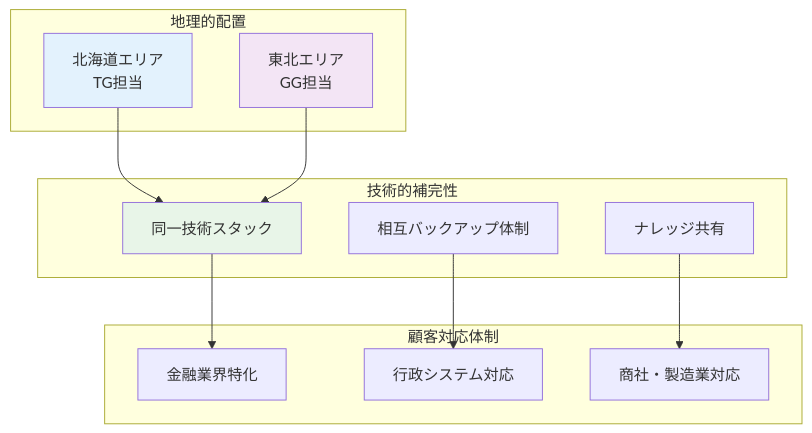
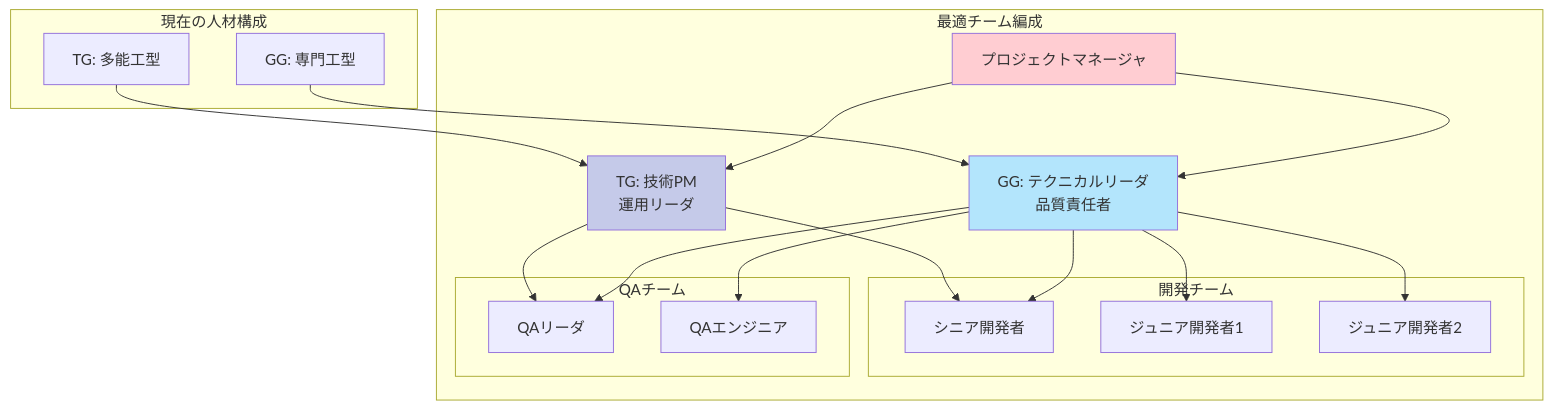
Before and after one commit to MasatakaNakamura/xlsx-data-analyzer: the tenth of 13 diagrams in docs/経歴書サンプル_総合分析レポート.md, drawn with Mermaid. The commit also changed other lines of this file and 32 other files, not shown here.

````diff
--- a/docs/経歴書サンプル_総合分析レポート.md
+++ b/docs/経歴書サンプル_総合分析レポート.md
@@ -344,29 +338,41 @@
 ```mermaid
 graph TB
-    subgraph "地理的配置"
-        A[北海道エリア<br/>TG担当]
-        B[東北エリア<br/>GG担当]
+    subgraph "現在の人材構成"
+        CURRENT_TG[TG: 多能工型]
+        CURRENT_GG[GG: 専門工型]
     end
 
-    subgraph "技術的補完性"
-        C[同一技術スタック]
-        D[相互バックアップ体制]
-        E[ナレッジ共有]
+    subgraph "最適チーム編成"
+        PM[プロジェクトマネージャ]
+        TG_ROLE[TG: 技術PM<br/>運用リーダ]
+        GG_ROLE[GG: テクニカルリーダ<br/>品質責任者]
+
+        subgraph "開発チーム"
+            DEV1[シニア開発者]
+            DEV2[ジュニア開発者1]
+            DEV3[ジュニア開発者2]
+        end
+
+        subgraph "QAチーム"
+            QA1[QAリーダ]
+            QA2[QAエンジニア]
+        end
     end
 
-    subgraph "顧客対応体制"
-        F[金融業界特化]
-        G[行政システム対応]
-        H[商社・製造業対応]
-    end
+    CURRENT_TG --> TG_ROLE
+    CURRENT_GG --> GG_ROLE
 
-    A --> C
-    B --> C
-    C --> F
-    D --> G
-    E --> H
+    PM --> TG_ROLE
+    PM --> GG_ROLE
+    TG_ROLE --> DEV1
+    TG_ROLE --> QA1
+    GG_ROLE --> DEV1
+    GG_ROLE --> DEV2
+    GG_ROLE --> DEV3
+    GG_ROLE --> QA1
+    GG_ROLE --> QA2
 
-    style A fill:#e3f2fd
-    style B fill:#f3e5f5
-    style C fill:#e8f5e8
+    style TG_ROLE fill:#c5cae9
+    style GG_ROLE fill:#b3e5fc
+    style PM fill:#ffcdd2
 ```
````
